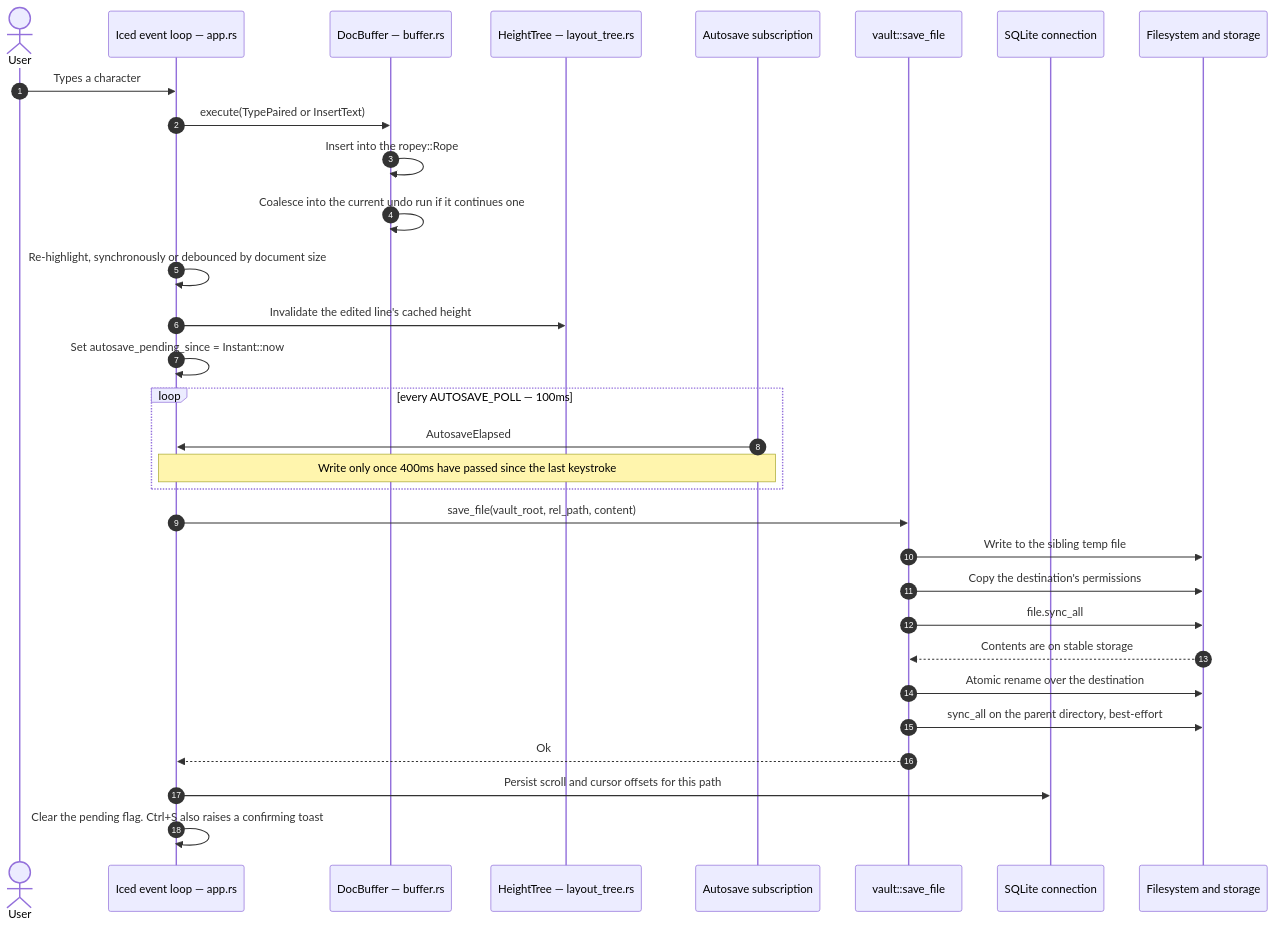
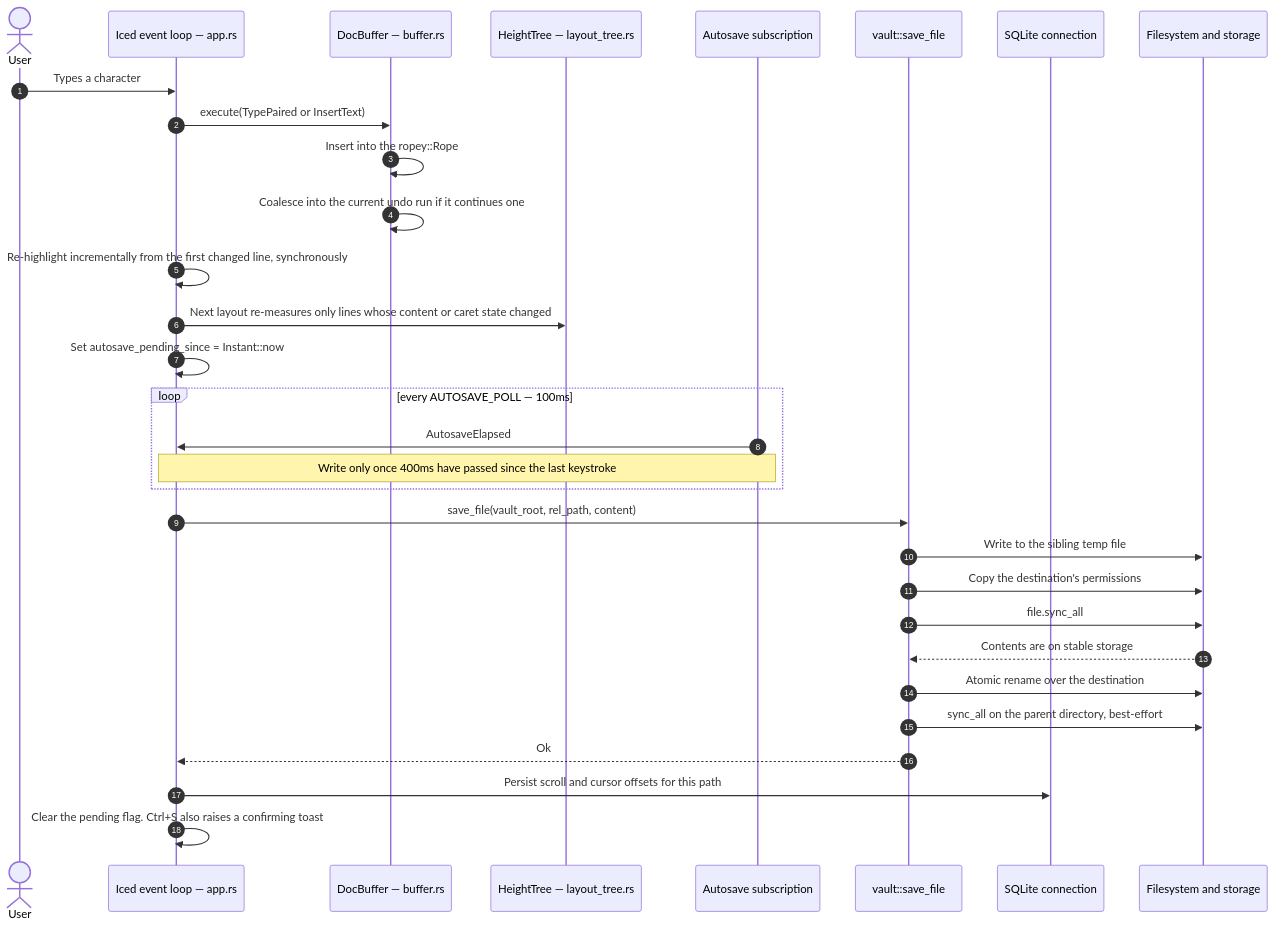
One commit to Suranjan77/md-editor changed the first of 3 diagrams in wiki/Data-Flows-and-Durability-Invariants.md. Above: the diagram before and after it, drawn with Mermaid. The commit also changed 44 other files, not shown here.

````diff
--- a/wiki/Data-Flows-and-Durability-Invariants.md
+++ b/wiki/Data-Flows-and-Durability-Invariants.md
@@ -12,36 +12,36 @@
 ```mermaid
 sequenceDiagram
     autonumber
     actor User
     participant App as Iced event loop — app.rs
     participant Buf as DocBuffer — buffer.rs
     participant Tree as HeightTree — layout_tree.rs
     participant Sub as Autosave subscription
     participant Vault as vault::save_file
     participant SQLite as SQLite connection
     participant Disk as Filesystem and storage
 
     User->>App: Types a character
     App->>Buf: execute(TypePaired or InsertText)
     Buf->>Buf: Insert into the ropey::Rope
     Buf->>Buf: Coalesce into the current undo run if it continues one
-    App->>App: Re-highlight, synchronously or debounced by document size
-    App->>Tree: Invalidate the edited line's cached height
+    App->>App: Re-highlight incrementally from the first changed line, synchronously
+    App->>Tree: Next layout re-measures only lines whose content or caret state changed
     App->>App: Set autosave_pending_since = Instant::now
 
     loop every AUTOSAVE_POLL — 100ms
         Sub->>App: AutosaveElapsed
         Note over App,Sub: Write only once 400ms have passed since the last keystroke
     end
 
     App->>Vault: save_file(vault_root, rel_path, content)
     Vault->>Disk: Write to the sibling temp file
     Vault->>Disk: Copy the destination's permissions
     Vault->>Disk: file.sync_all
     Disk-->>Vault: Contents are on stable storage
     Vault->>Disk: Atomic rename over the destination
     Vault->>Disk: sync_all on the parent directory, best-effort
     Vault-->>App: Ok
     App->>SQLite: Persist scroll and cursor offsets for this path
     App->>App: Clear the pending flag. Ctrl+S also raises a confirming toast
 ```
````
